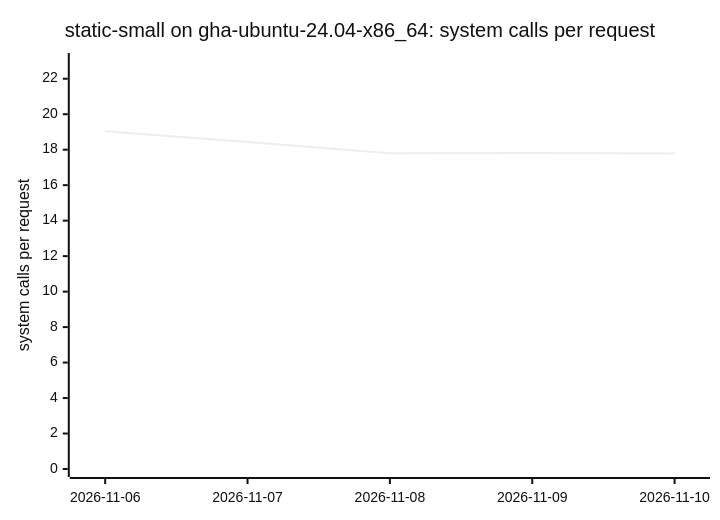
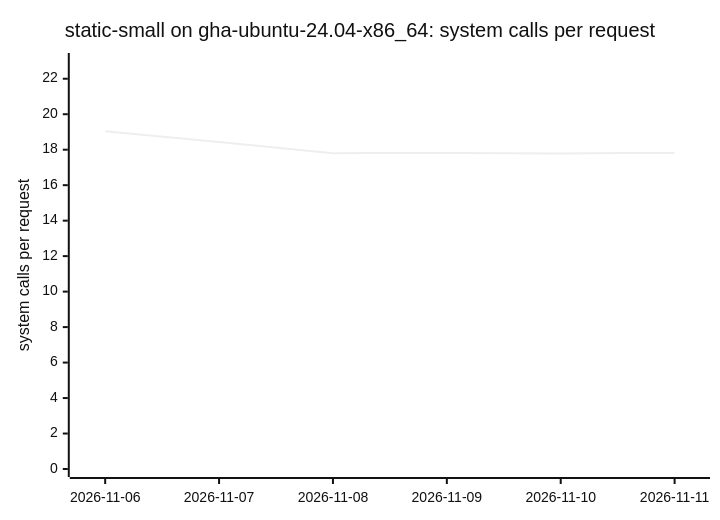
Before and after one commit to ThePixelPilgrim/durchlauferhitzer: the tenth of 18 diagrams in BENCHMARKS.md, drawn with Mermaid (neutral theme). The commit also changed other lines of this file and 1 other file, not shown here.

````diff
--- a/BENCHMARKS.md
+++ b/BENCHMARKS.md
@@ -118,7 +118,7 @@
 ```mermaid
 xychart-beta
   title "static-small on gha-ubuntu-24.04-x86_64: system calls per request"
-  x-axis ["2026-11-06", "2026-11-07", "2026-11-08", "2026-11-09", "2026-11-10"]
+  x-axis ["2026-11-06", "2026-11-07", "2026-11-08", "2026-11-09", "2026-11-10", "2026-11-11"]
   y-axis "system calls per request" 0 --> 23
-  line [19.04, 18.44, 17.80, 17.82, 17.79]
+  line [19.04, 18.44, 17.80, 17.82, 17.79, 17.82]
 ```
````
